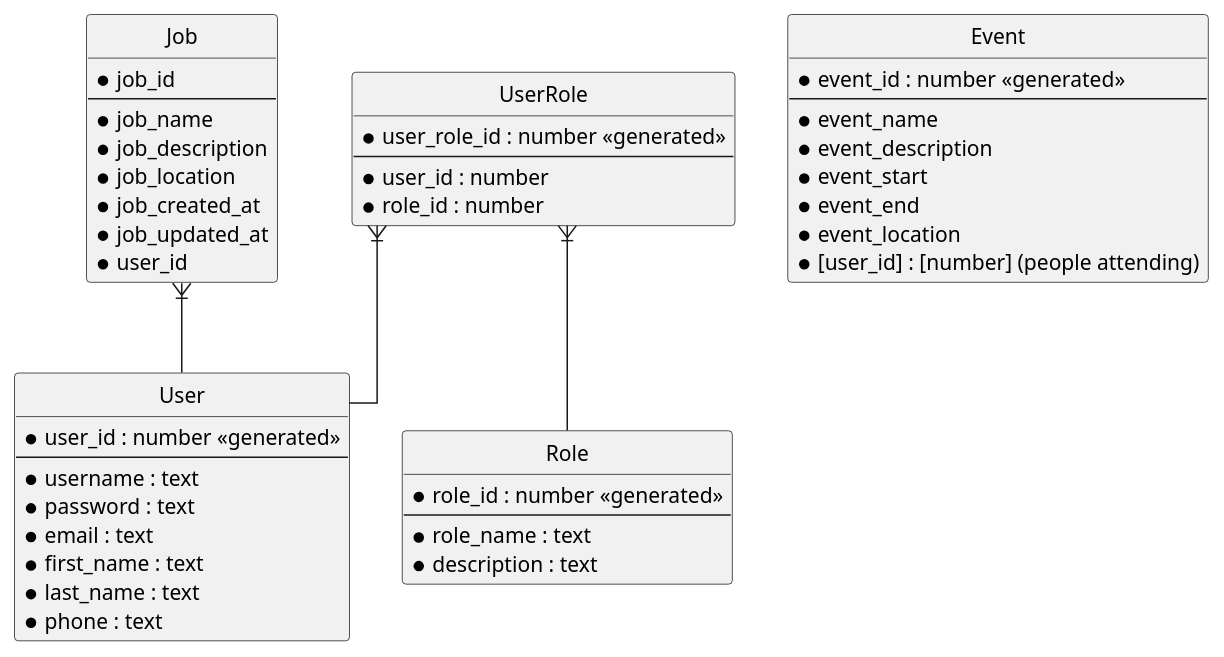
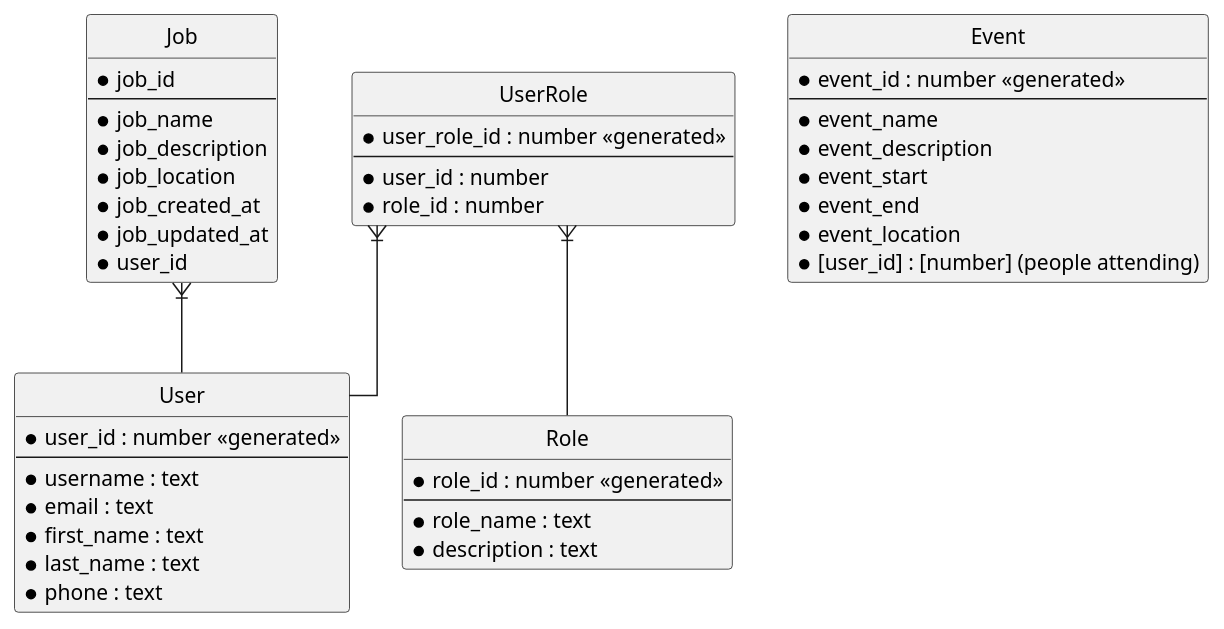
Before and after one commit to csegsa/official-portal: the diagram in documentation/DBSchema.puml, drawn with PlantUML. The commit also changed 8 other files, not shown here.

```diff
--- a/documentation/DBSchema.puml
+++ b/documentation/DBSchema.puml
@@ -1,62 +1,61 @@
 @startuml
 
 ' hide the spot
 hide circle
 
 ' avoid problems with angled crows feet
 skinparam linetype ortho
 
 entity "User" as user {
   *user_id : number <<generated>>
   --
   *username : text
-  *password : text
   *email : text
   *first_name : text
   *last_name : text
   *phone : text
 }
 
 entity "Role" as role {
   *role_id : number <<generated>>
   --
   *role_name : text
   *description : text
 }
 
 
 entity "UserRole" as user_role {
   *user_role_id : number <<generated>>
   --
   *user_id : number
   *role_id : number
 }
 
 entity "Event" as event {
   *event_id : number <<generated>>
   --
   *event_name
   *event_description
   *event_start
   *event_end
   *event_location
   *[user_id] : [number] (people attending)
   }
 
 entity "Job" as job {
   *job_id
   --
   *job_name
   *job_description
   *job_location
   *job_created_at
   *job_updated_at
   *user_id
   }
 
 user_role }|-- user
 user_role }|-- role
 
 job }|-- user
 
 @enduml
```
